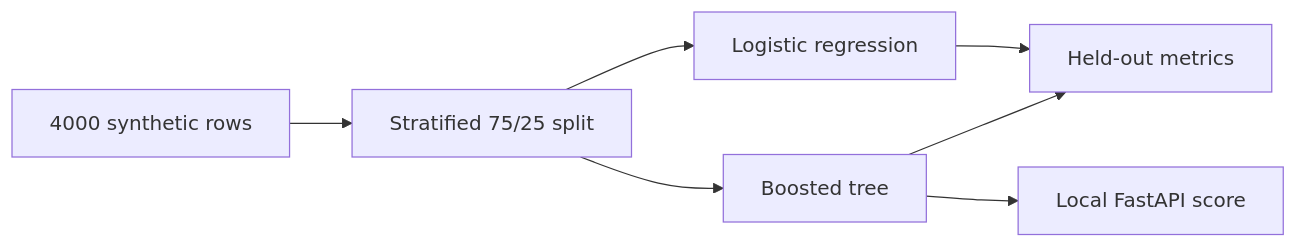
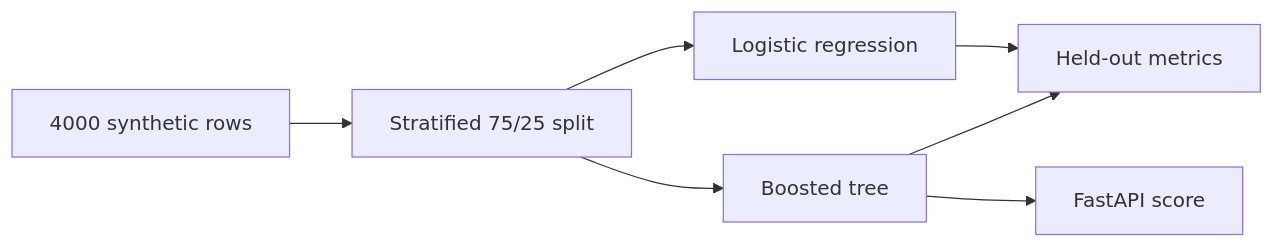
Before and after one commit to Tiereonna/predictive-maintenance: the diagram in README.md, drawn with Mermaid. The commit also changed other lines of this file and 2 other files, not shown here.

Commit message:
add the live demo url and stop calling it local-only

````diff
--- a/README.md
+++ b/README.md
@@ -14,9 +14,9 @@
 ```mermaid
 flowchart LR
   rows[4000 synthetic rows] --> split[Stratified 75/25 split]
   split --> logistic[Logistic regression]
   split --> tree[Boosted tree]
   logistic --> metrics[Held-out metrics]
   tree --> metrics
-  tree --> api[Local FastAPI score]
+  tree --> api[FastAPI score]
 ```
````
